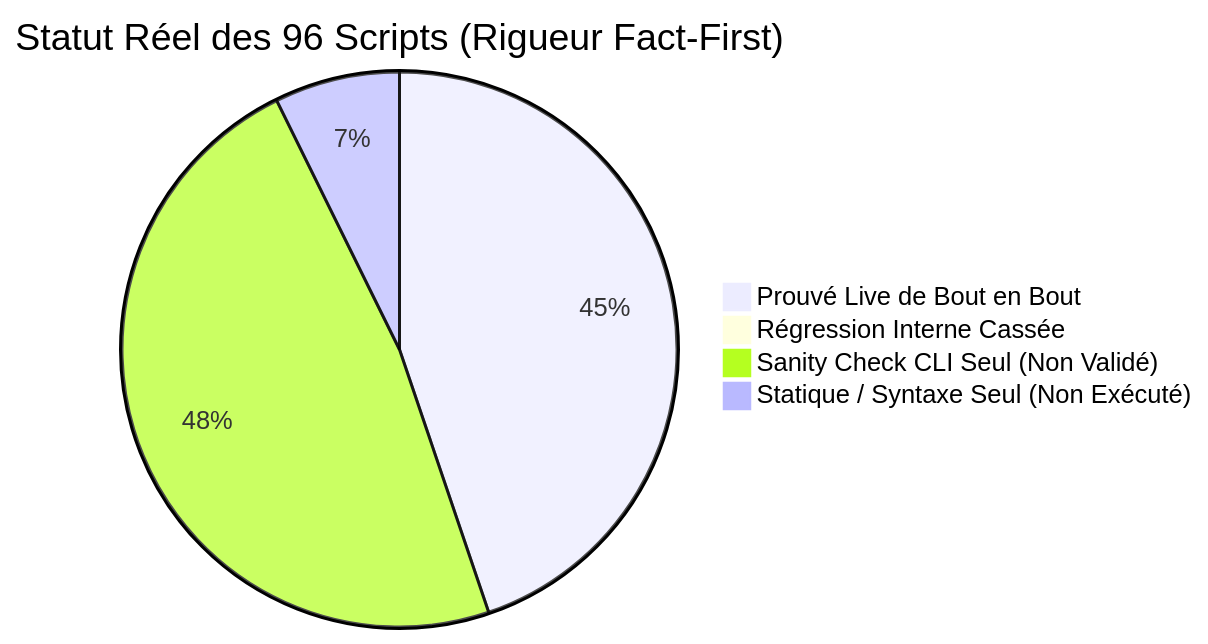
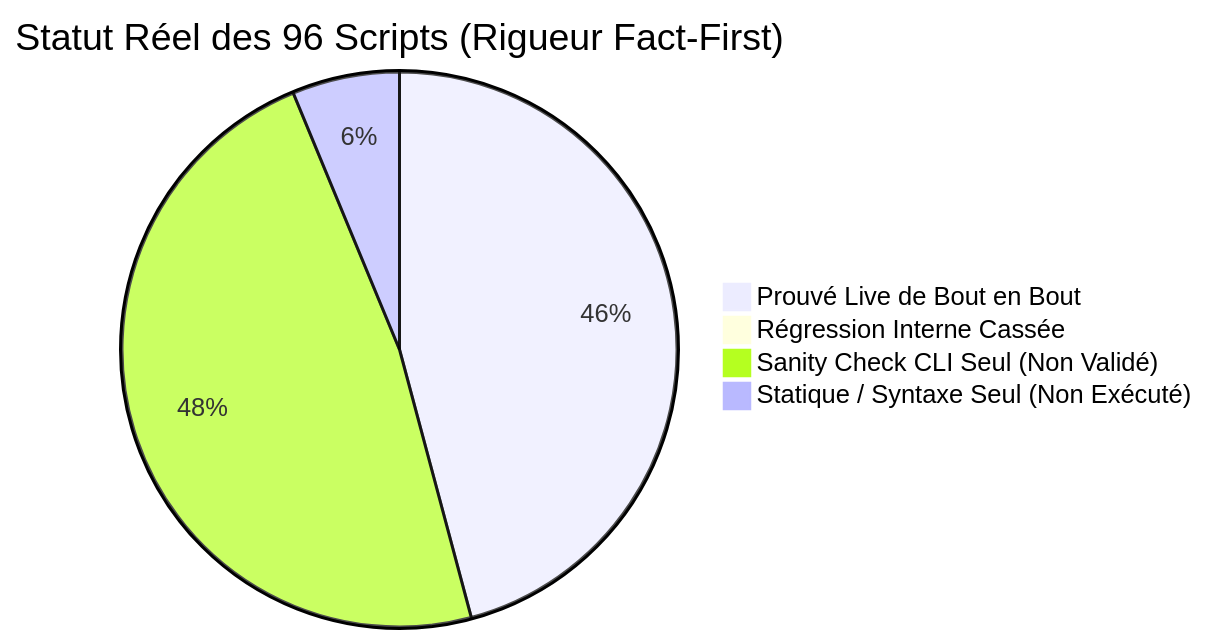
Before and after one commit to yoyonel/pydbsrt: the diagram in docs/reference/2026-11-10-audit-exhaustif-scripts-regressions.md, drawn with Mermaid. The commit also changed other lines of this file and 2 other files, not shown here.

````diff
--- a/docs/reference/2026-11-10-audit-exhaustif-scripts-regressions.md
+++ b/docs/reference/2026-11-10-audit-exhaustif-scripts-regressions.md
@@ -16,7 +16,7 @@
 ```mermaid
 pie title Statut Réel des 96 Scripts (Rigueur Fact-First)
-    "Prouvé Live de Bout en Bout" : 43
+    "Prouvé Live de Bout en Bout" : 44
     "Régression Interne Cassée" : 0
     "Sanity Check CLI Seul (Non Validé)" : 46
-    "Statique / Syntaxe Seul (Non Exécuté)" : 7
+    "Statique / Syntaxe Seul (Non Exécuté)" : 6
 ```
````
